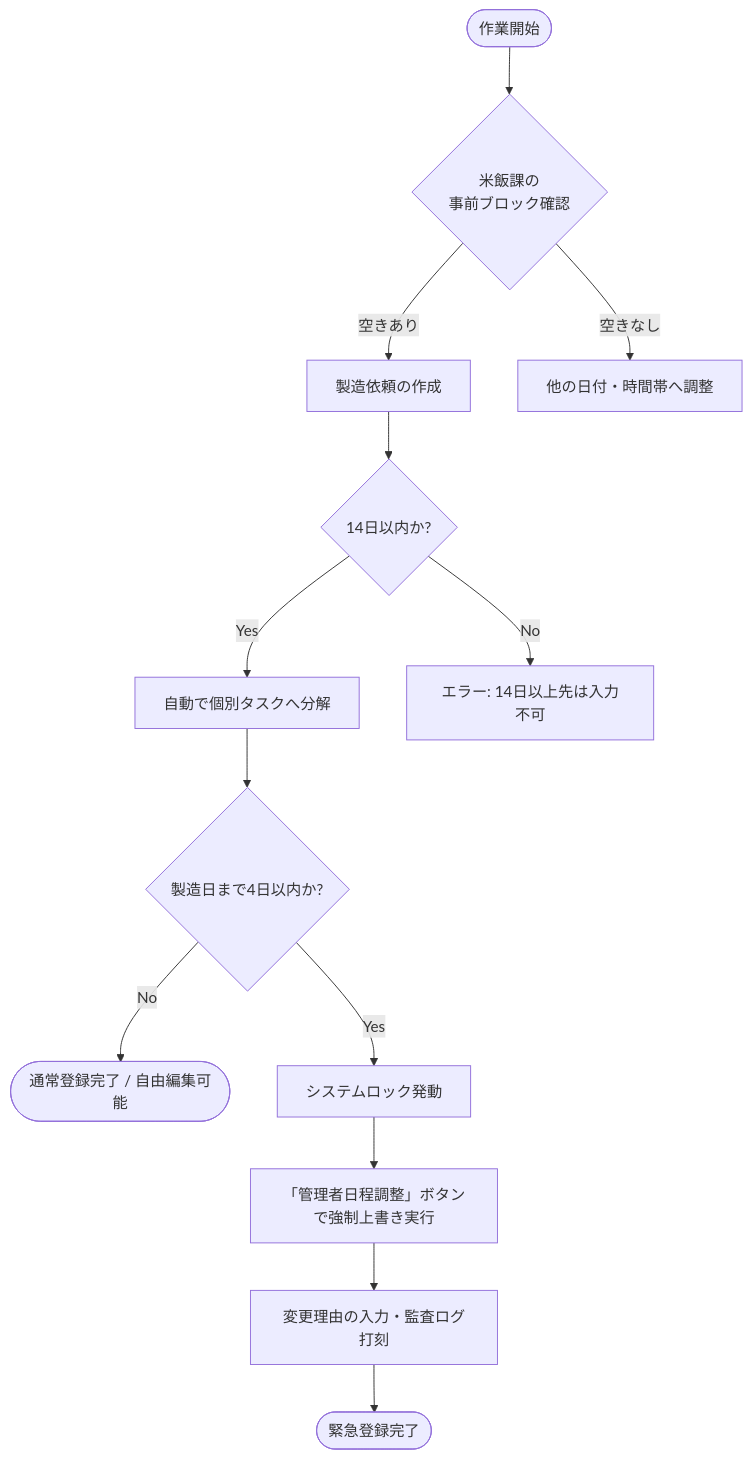
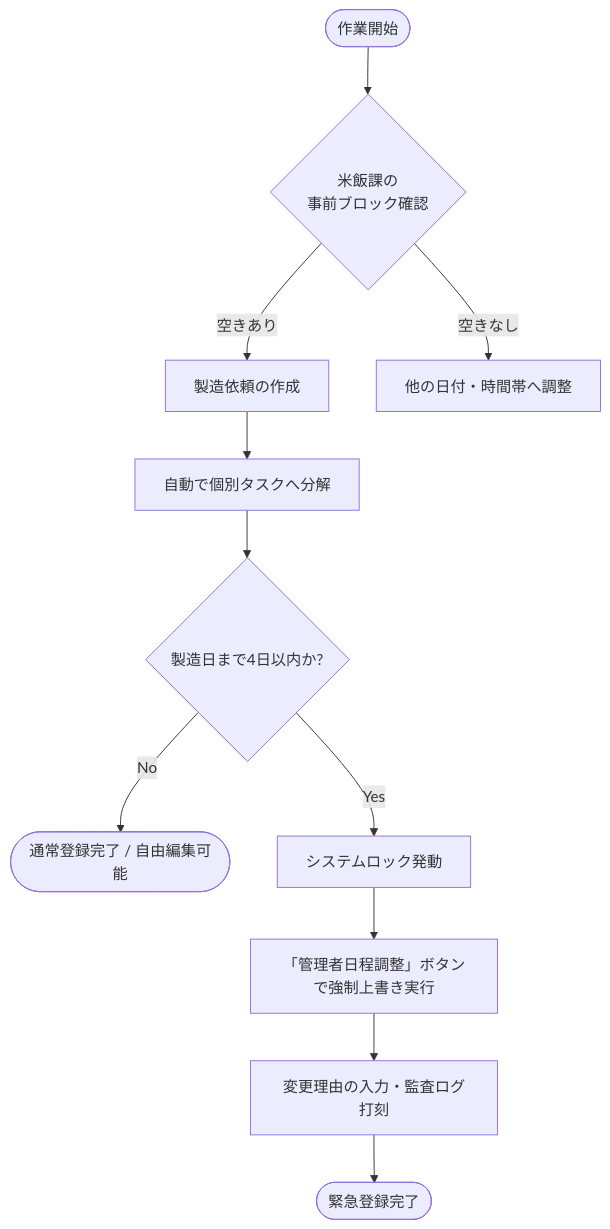
The third of 4 diagrams in appsheet_architecture/01_system_architecture.md (mihiro10/beihanka_irai_docs), drawn with Mermaid before and after one commit. The commit also changed other lines of this file, not shown here.

Commit message:
docs: strictly enforce 14-day rule logic in flowcharts for rice dept

````diff
--- a/appsheet_architecture/01_system_architecture.md
+++ b/appsheet_architecture/01_system_architecture.md
@@ -72,18 +72,16 @@
 ```mermaid
 flowchart TD
     A([作業開始]) --> B{米飯課の<br>事前ブロック確認}
     B -->|空きあり| C[製造依頼の作成]
     B -->|空きなし| D[他の日付・時間帯へ調整]
     
-    C --> E{14日以内か?}
-    E -->|Yes| F[自動で個別タスクへ分解]
-    E -->|No| G[エラー: 14日以上先は入力不可]
+    C --> F[自動で個別タスクへ分解]
     
     F --> H{製造日まで4日以内か?}
     H -->|No| I([通常登録完了 / 自由編集可能])
     H -->|Yes| J[システムロック発動]
     
     J --> K[「管理者日程調整」ボタンで強制上書き実行]
     K --> L[変更理由の入力・監査ログ打刻]
     L --> M([緊急登録完了])
 ```
````
